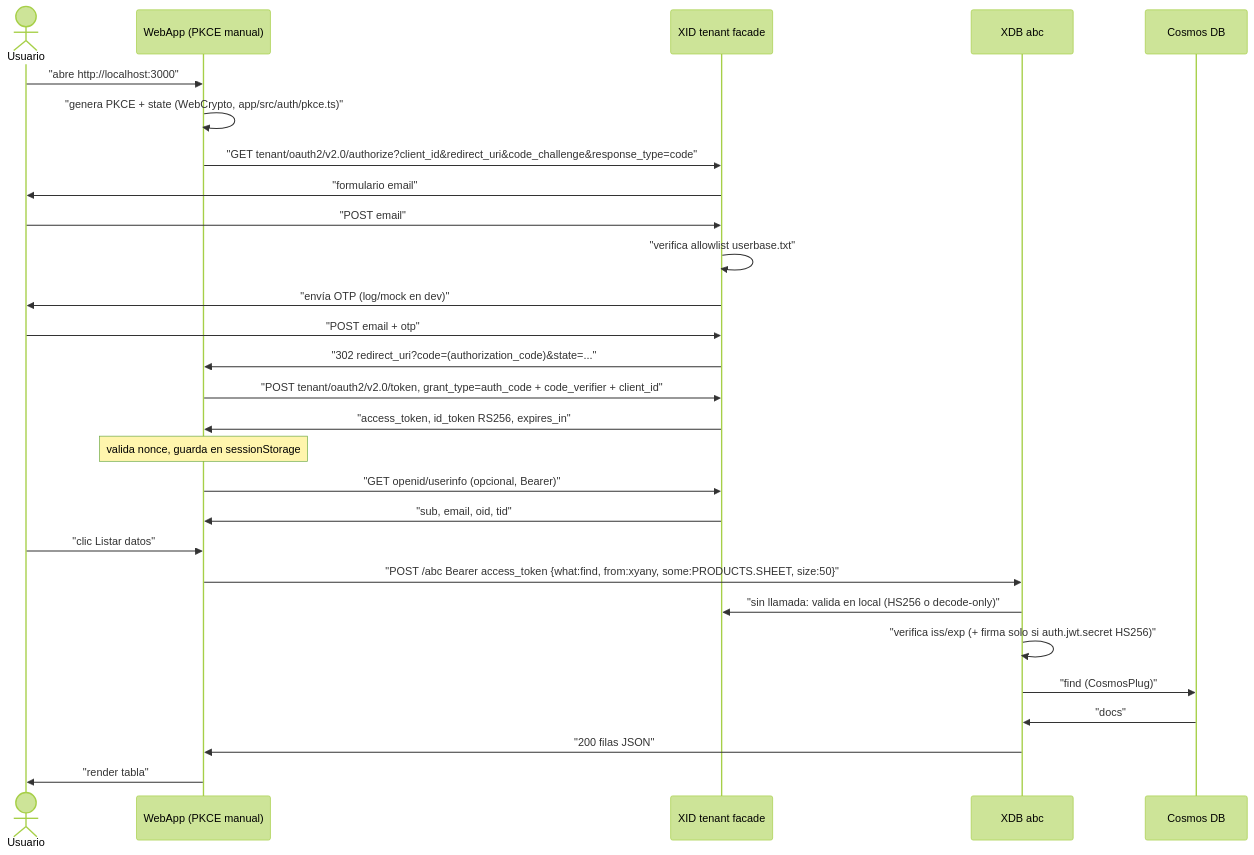
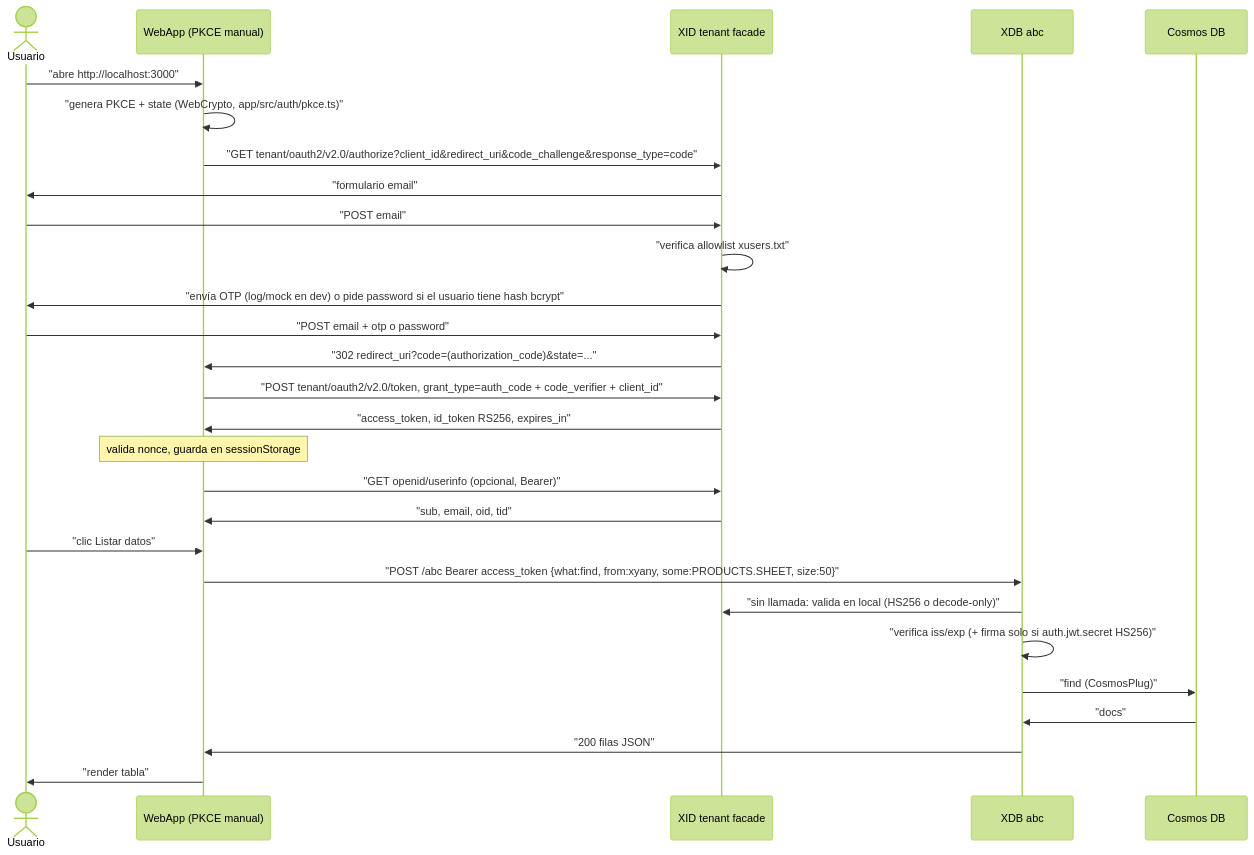
Before and after one commit to kaesar/cicddemoaz: the diagram in docs/flujo-auth.md, drawn with Mermaid (forest theme). The commit also changed 12 other files, not shown here.

````diff
--- a/docs/flujo-auth.md
+++ b/docs/flujo-auth.md
@@ -5,31 +5,31 @@
 ```mermaid
 sequenceDiagram
   actor U as Usuario
   participant W as WebApp (PKCE manual)
   participant XID as XID tenant facade
   participant XDB as XDB abc
   participant KV as Cosmos DB
 
   U->>W: "abre http://localhost:3000"
   W->>W: "genera PKCE + state (WebCrypto, app/src/auth/pkce.ts)"
   W->>XID: "GET tenant/oauth2/v2.0/authorize?client_id&redirect_uri&code_challenge&response_type=code"
   XID->>U: "formulario email"
   U->>XID: "POST email"
-  XID->>XID: "verifica allowlist userbase.txt"
-  XID->>U: "envía OTP (log/mock en dev)"
-  U->>XID: "POST email + otp"
+  XID->>XID: "verifica allowlist xusers.txt"
+  XID->>U: "envía OTP (log/mock en dev) o pide password si el usuario tiene hash bcrypt"
+  U->>XID: "POST email + otp o password"
   XID->>W: "302 redirect_uri?code=(authorization_code)&state=..."
   W->>XID: "POST tenant/oauth2/v2.0/token, grant_type=auth_code + code_verifier + client_id"
   XID->>W: "access_token, id_token RS256, expires_in"
   Note over W: valida nonce, guarda en sessionStorage
   W->>XID: "GET openid/userinfo (opcional, Bearer)"
   XID->>W: "sub, email, oid, tid"
   U->>W: "clic Listar datos"
   W->>XDB: "POST /abc Bearer access_token {what:find, from:xyany, some:PRODUCTS.SHEET, size:50}"
   XDB->>XID: "sin llamada: valida en local (HS256 o decode-only)"
   XDB->>XDB: "verifica iss/exp (+ firma solo si auth.jwt.secret HS256)"
   XDB->>KV: "find (CosmosPlug)"
   KV->>XDB: "docs"
   XDB->>W: "200 filas JSON"
   W->>U: "render tabla"
 ```
````
